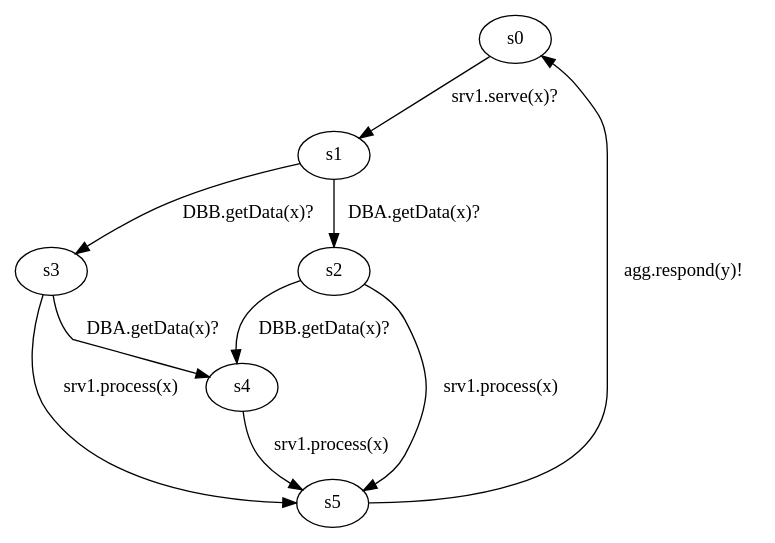
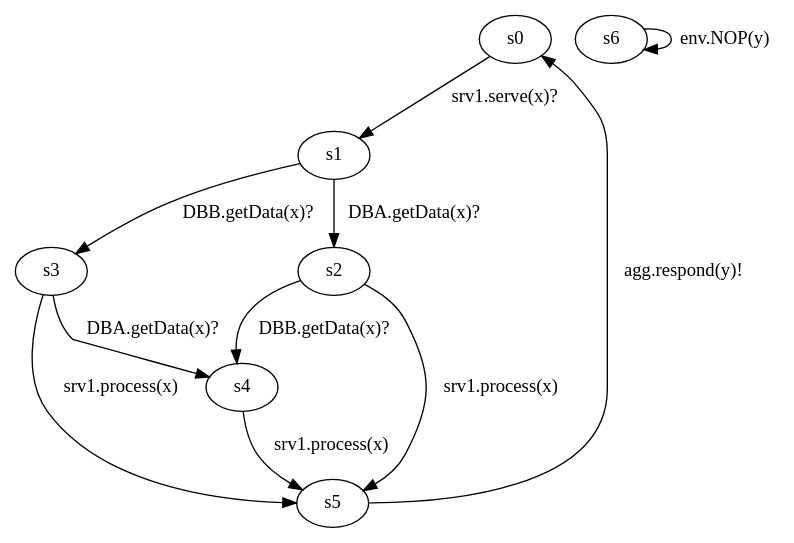
The diagram in inputs/server1.dot (nargeskh/ControllerSynthesis), drawn with Graphviz before and after one commit. The commit also changed 89 other files, not shown here.

```diff
--- a/inputs/server1.dot
+++ b/inputs/server1.dot
@@ -1,3 +1,3 @@
 digraph { 
-s0->s1[label= "srv1.serve(x)?"];s1->s2[label= "DBA.getData(x)?"];s1->s3[label= "DBB.getData(x)?"];s2->s4[label= "DBB.getData(x)?"];s3->s4[label= "DBA.getData(x)?"];s2->s5[label= "srv1.process(x)"];s3->s5[label= "srv1.process(x)"];s4->s5[label= "srv1.process(x)"];s5->s0[label= "agg.respond(y)!"];
+s0->s1[label= "srv1.serve(x)?"];s1->s2[label= "DBA.getData(x)?"];s1->s3[label= "DBB.getData(x)?"];s2->s4[label= "DBB.getData(x)?"];s3->s4[label= "DBA.getData(x)?"];s2->s5[label= "srv1.process(x)"];s3->s5[label= "srv1.process(x)"];s4->s5[label= "srv1.process(x)"];s5->s0[label= "agg.respond(y)!"];s6->s6[label= "env.NOP(y)"];
 }
```
